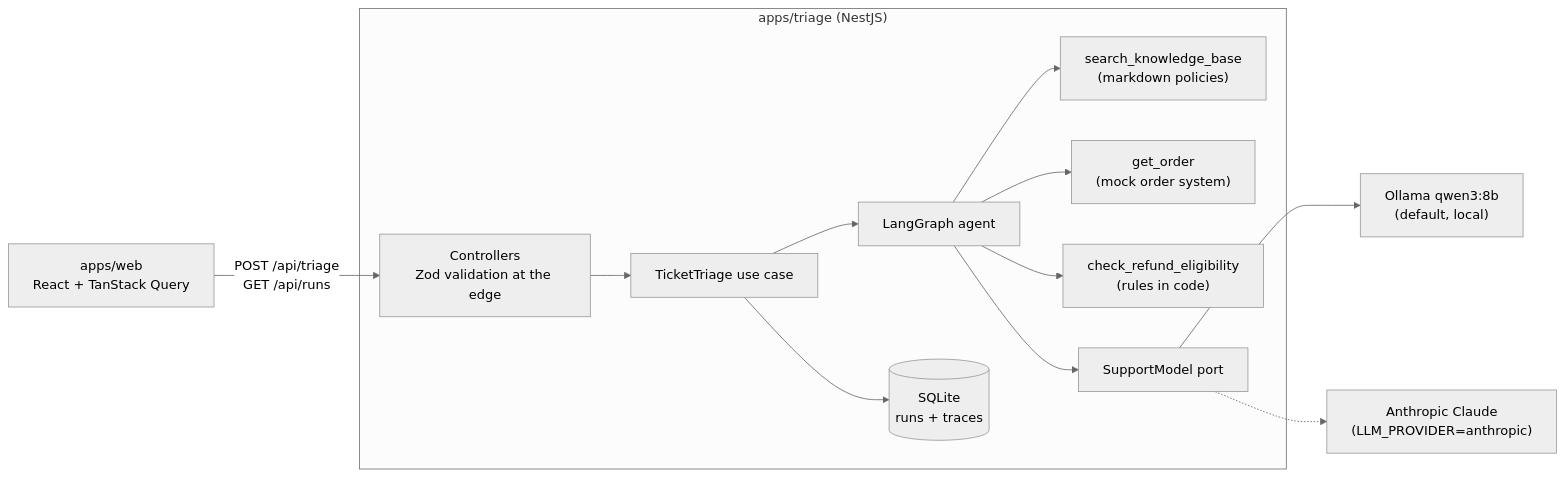
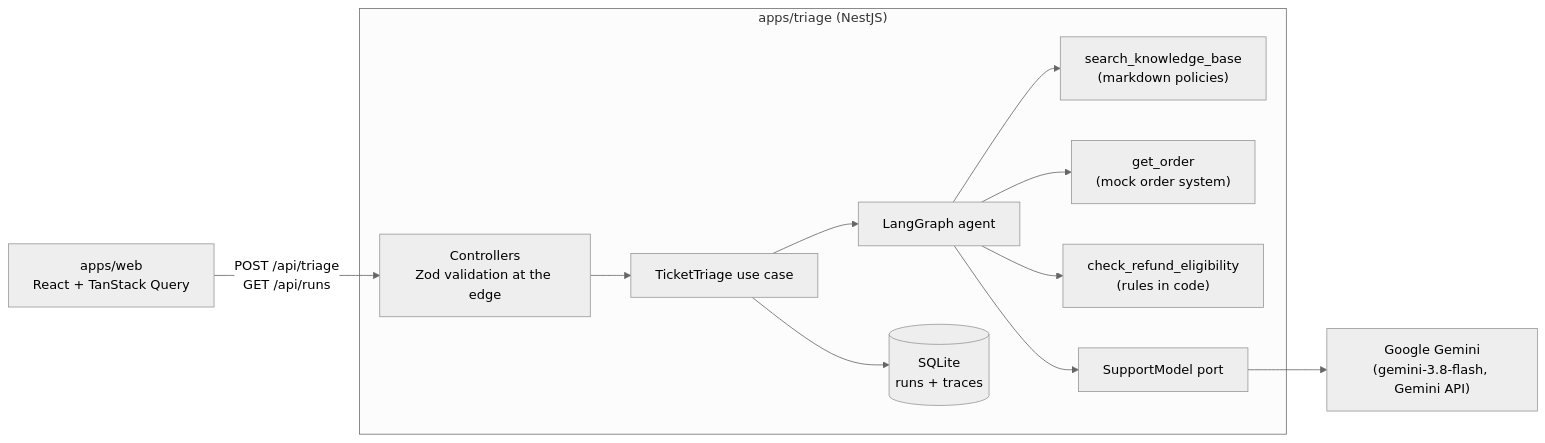
The first of 2 diagrams in README.md (hovorun-art/bulls-media-test-task), drawn with Mermaid (neutral theme) before and after one commit. The commit also changed other lines of this file and 6 other files, not shown here.

````diff
--- a/README.md
+++ b/README.md
@@ -72,15 +72,14 @@
 ```mermaid
 flowchart LR
   UI["apps/web<br/>React + TanStack Query"] -- "POST /api/triage<br/>GET /api/runs" --> API
   subgraph svc["apps/triage (NestJS)"]
     API["Controllers<br/>Zod validation at the edge"] --> UC["TicketTriage use case"]
     UC --> AG["LangGraph agent"]
     UC --> DB[("SQLite<br/>runs + traces")]
     AG --> T1["search_knowledge_base<br/>(markdown policies)"]
     AG --> T2["get_order<br/>(mock order system)"]
     AG --> T3["check_refund_eligibility<br/>(rules in code)"]
     AG --> M["SupportModel port"]
   end
-  M --> O["Ollama qwen3:8b<br/>(default, local)"]
-  M -.-> C["Anthropic Claude<br/>(LLM_PROVIDER=anthropic)"]
+  M --> G["Google Gemini<br/>(gemini-3.8-flash, Gemini API)"]
 ```
````
